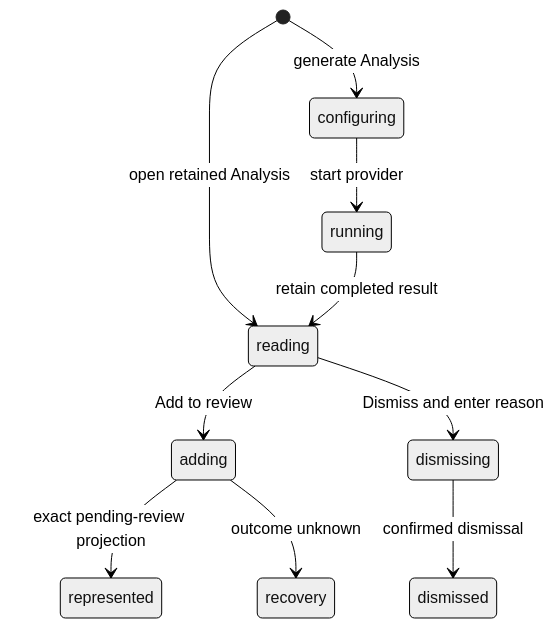
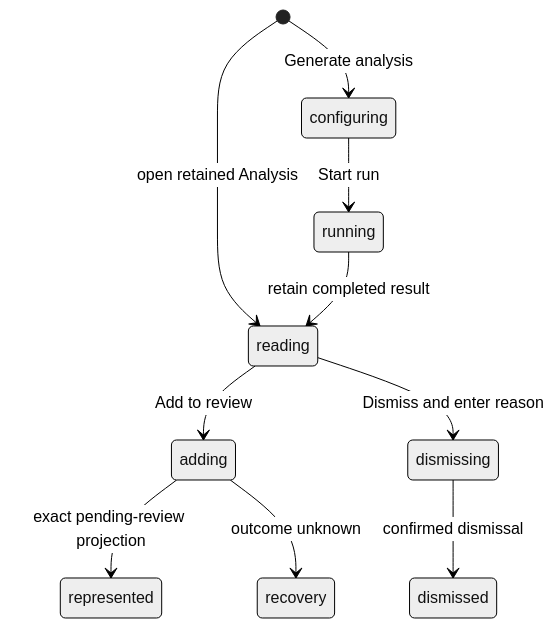
The diagram in docs/product-description/review-workbench/analysis.md (kwanpham2195/patchdesk), drawn with Mermaid (neutral theme) before and after one commit. The commit also changed other lines of this file and 3 other files, not shown here.

````diff
--- a/docs/product-description/review-workbench/analysis.md
+++ b/docs/product-description/review-workbench/analysis.md
@@ -13,12 +13,12 @@
 ```mermaid
 stateDiagram-v2
     [*] --> reading : open retained Analysis
-    [*] --> configuring : generate Analysis
-    configuring --> running : start provider
+    [*] --> configuring : Generate analysis
+    configuring --> running : Start run
     running --> reading : retain completed result
     reading --> adding : Add to review
     reading --> dismissing : Dismiss and enter reason
     adding --> represented : exact pending-review projection
     dismissing --> dismissed : confirmed dismissal
     adding --> recovery : outcome unknown
 ```
````
